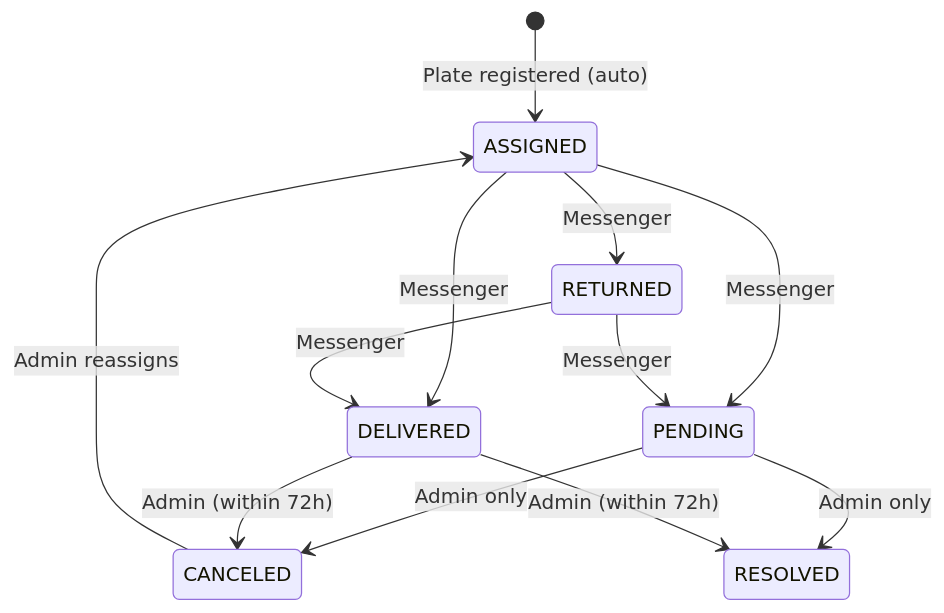
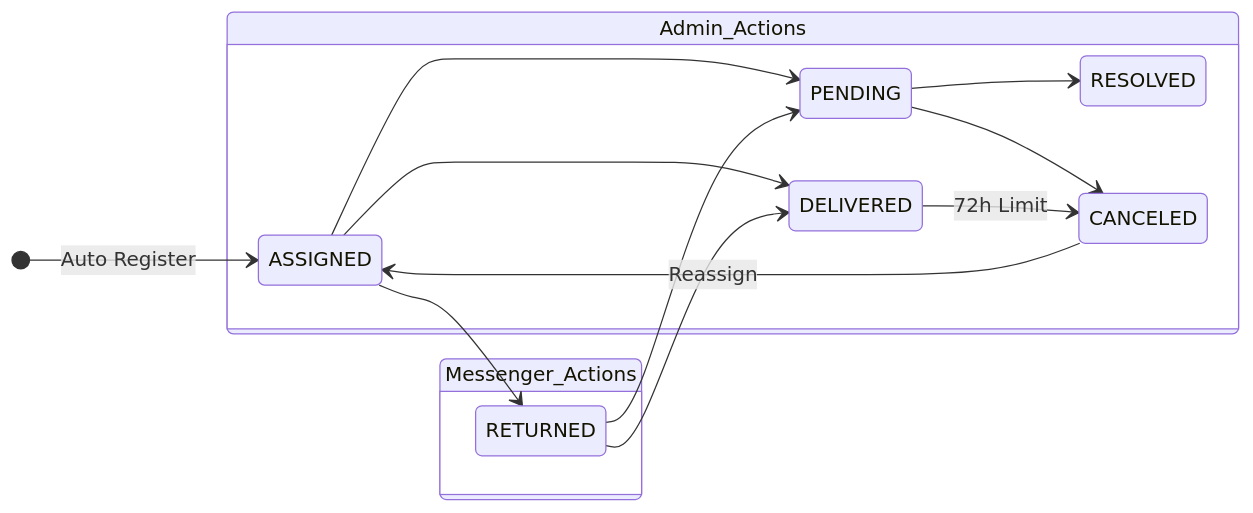
The third of 8 diagrams in README.md (fttmatteo/messenger-backend), drawn with Mermaid before and after one commit. The commit also changed other lines of this file and 1 other file, not shown here.

Commit message:
docs: refine API endpoint tables, service delivery state diagrams, and business rules; fix: adjust delivered service status update test to CANCELED.

````diff
--- a/README.md
+++ b/README.md
@@ -455,19 +455,21 @@
 ```mermaid
 stateDiagram-v2
-    [*] --> ASSIGNED: Plate registered (auto)
+    direction LR
     
-    ASSIGNED --> PENDING: Messenger
-    ASSIGNED --> DELIVERED: Messenger
-    ASSIGNED --> RETURNED: Messenger
+    [*] --> ASSIGNED: Auto Register
     
-    PENDING --> CANCELED: Admin only
-    PENDING --> RESOLVED: Admin only
+    state Messenger_Actions {
+        ASSIGNED --> PENDING
+        ASSIGNED --> DELIVERED
+        ASSIGNED --> RETURNED
+        RETURNED --> PENDING
+        RETURNED --> DELIVERED
+    }
     
-    DELIVERED --> CANCELED: Admin (within 72h)
-    DELIVERED --> RESOLVED: Admin (within 72h)
-    
-    CANCELED --> ASSIGNED: Admin reassigns
-    
-    RETURNED --> PENDING: Messenger
-    RETURNED --> DELIVERED: Messenger
+    state Admin_Actions {
+        PENDING --> RESOLVED
+        PENDING --> CANCELED
+        DELIVERED --> CANCELED: 72h Limit
+        CANCELED --> ASSIGNED: Reassign
+    }
 ```
````
